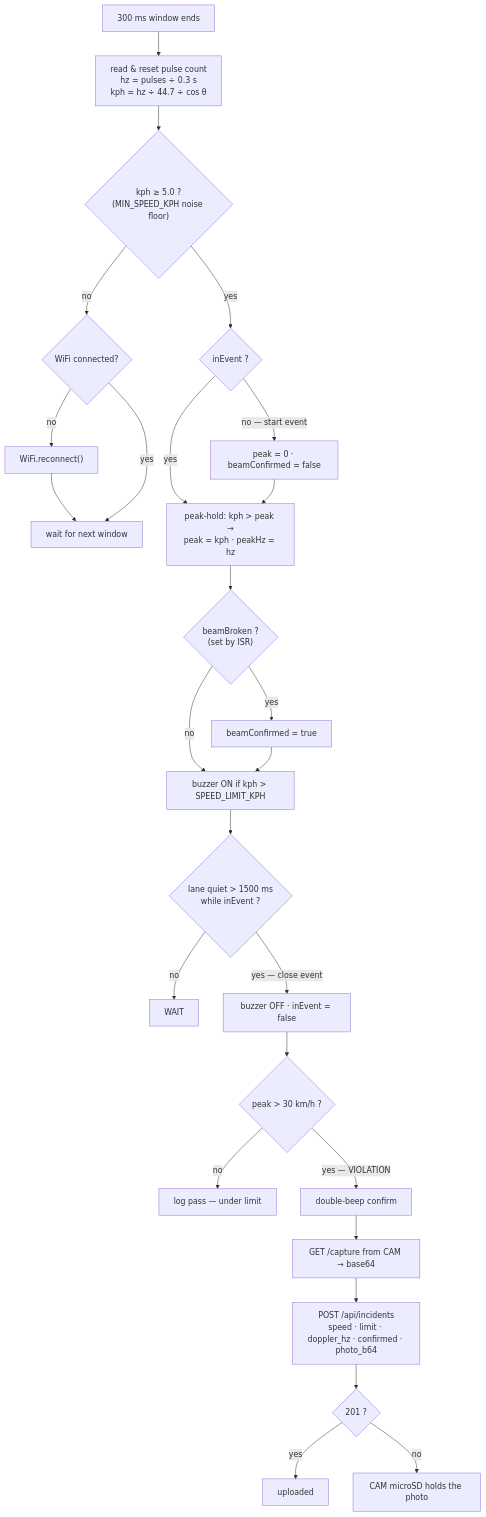
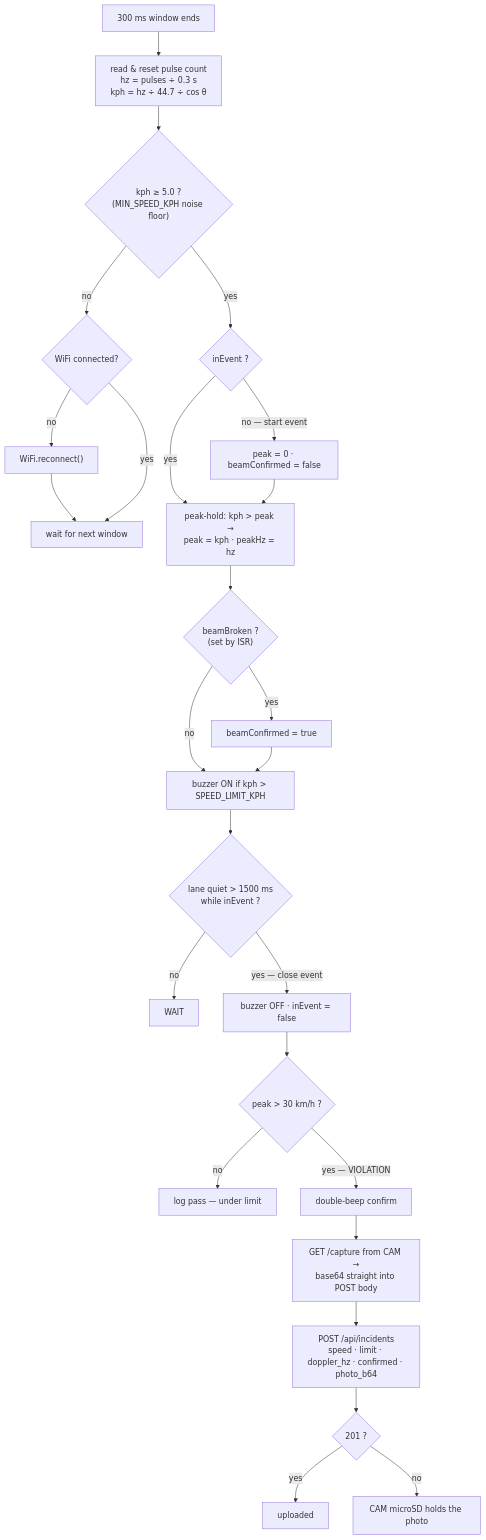
One commit to qppd/safeway changed the first of 4 diagrams in docs/FLOWCHART.md. Above: the diagram before and after it, drawn with Mermaid. The commit also changed other lines of this file and 11 other files, not shown here.

````diff
--- a/docs/FLOWCHART.md
+++ b/docs/FLOWCHART.md
@@ -11,28 +11,28 @@
 ```mermaid
 flowchart TB
     W["300 ms window ends"] --> COUNT["read &amp; reset pulse count<br/>hz = pulses ÷ 0.3 s<br/>kph = hz ÷ 44.7 ÷ cos θ"]
     COUNT --> FLOOR{"kph ≥ 5.0 ?<br/>(MIN_SPEED_KPH noise floor)"}
     FLOOR -- "no" --> WIFI{"WiFi connected?"}
     WIFI -- "no" --> RC["WiFi.reconnect()"]
     RC --> W2["wait for next window"]
     WIFI -- "yes" --> W2
     FLOOR -- "yes" --> INEV{"inEvent ?"}
     INEV -- "no — start event" --> START["peak = 0 · beamConfirmed = false"]
     INEV -- "yes" --> PEAK["peak-hold: kph &gt; peak →<br/>peak = kph · peakHz = hz"]
     START --> PEAK
     PEAK --> BEAM{"beamBroken ?<br/>(set by ISR)"}
     BEAM -- "yes" --> CONF["beamConfirmed = true"]
     BEAM -- "no" --> BZ["buzzer ON if kph &gt; SPEED_LIMIT_KPH"]
     CONF --> BZ
     BZ --> QUIET{"lane quiet &gt; 1500 ms<br/>while inEvent ?"}
     QUIET -- "no" --> WAIT
     QUIET -- "yes — close event" --> CLOSE["buzzer OFF · inEvent = false"]
     CLOSE --> OVER{"peak &gt; 30 km/h ?"}
     OVER -- "no" --> PASS["log pass — under limit"]
     OVER -- "yes — VIOLATION" --> BEEP["double-beep confirm"]
-    BEEP --> CAP["GET /capture from CAM → base64"]
+    BEEP --> CAP["GET /capture from CAM →<br/>base64 straight into POST body"]
     CAP --> POST["POST /api/incidents<br/>speed · limit · doppler_hz · confirmed · photo_b64"]
     POST --> UP{"201 ?"}
     UP -- "yes" --> OK["uploaded"]
     UP -- "no" --> SDF["CAM microSD holds the photo"]
 ```
````
